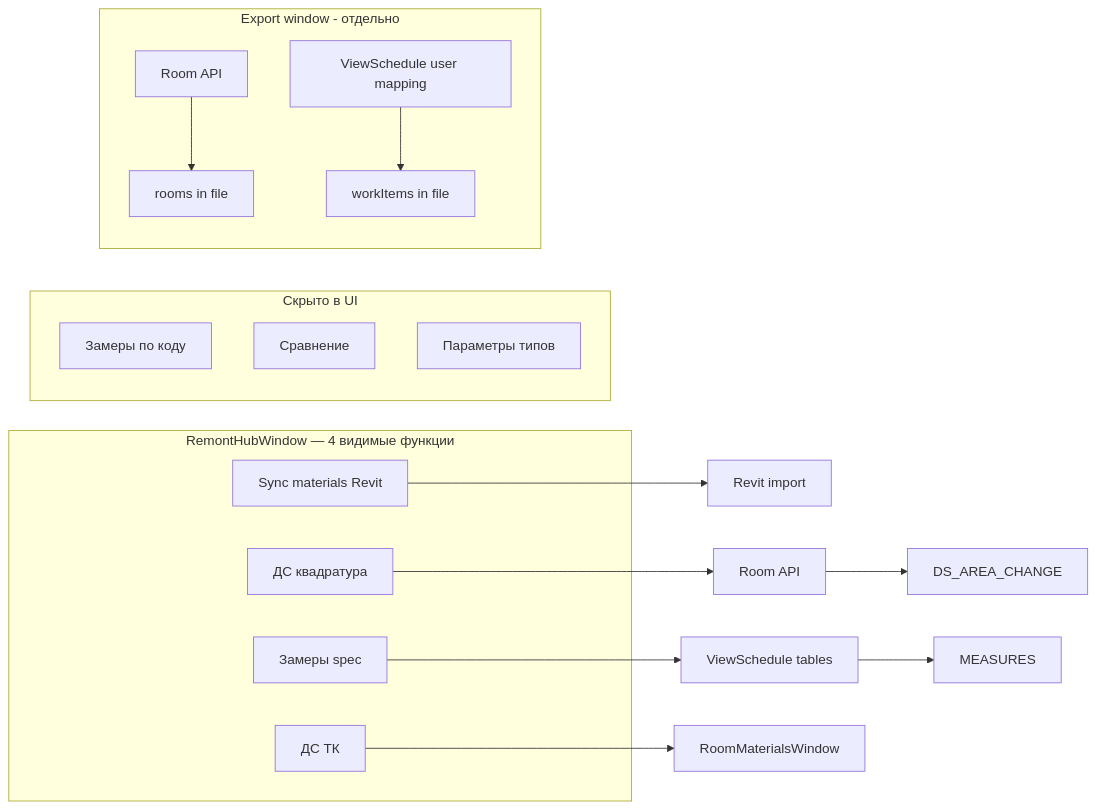
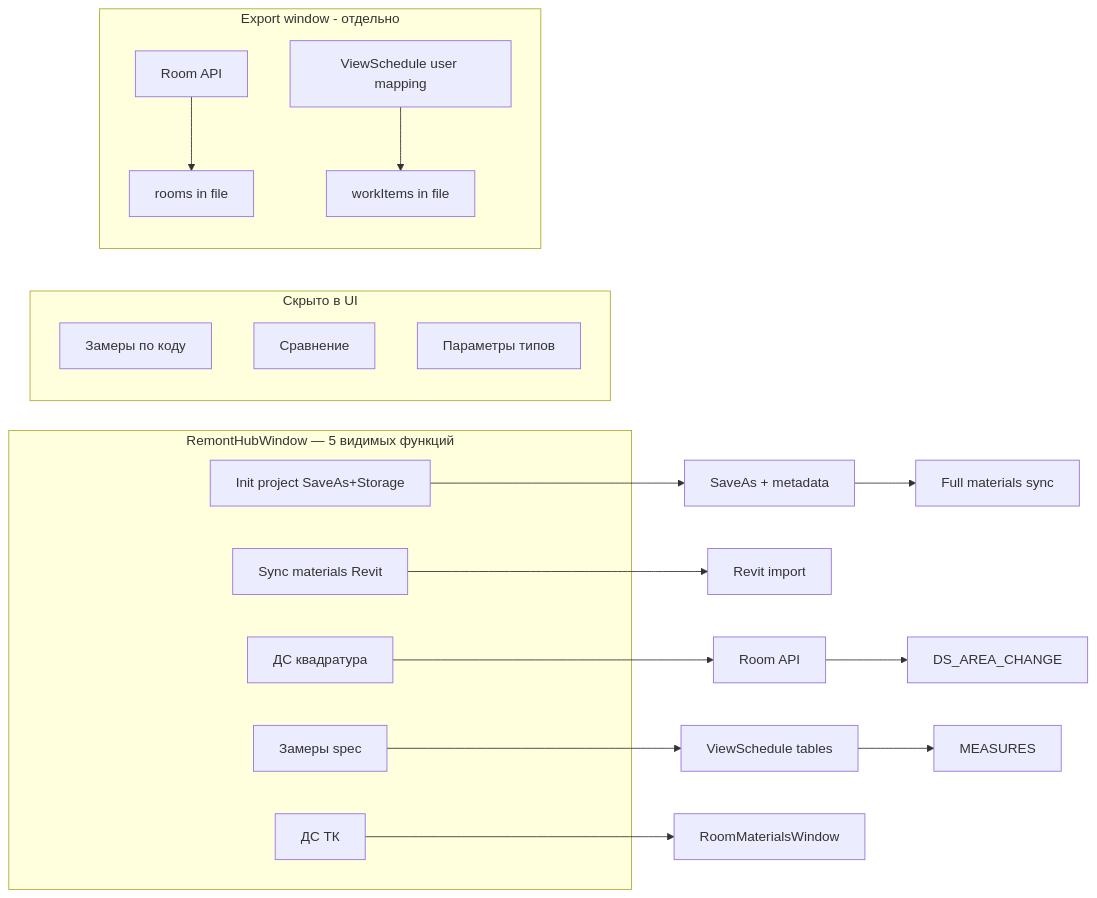
Before and after one commit to BekzhanK1/revit2025-plugin-csharp: the diagram in agents-external-memory/smart-remont-revit-plugin/USER_FLOW_AND_SCREENS.md, drawn with Mermaid. The commit also changed other lines of this file and 38 other files, not shown here.

Commit message:
remont_id in metadata

````diff
--- a/agents-external-memory/smart-remont-revit-plugin/USER_FLOW_AND_SCREENS.md
+++ b/agents-external-memory/smart-remont-revit-plugin/USER_FLOW_AND_SCREENS.md
@@ -205,30 +243,33 @@
 ```mermaid
 flowchart LR
-  subgraph hub [RemontHubWindow — 4 видимые функции]
+  subgraph hub [RemontHubWindow — 5 видимых функций]
+    I[Init project SaveAs+Storage]
     M[Sync materials Revit]
     A[ДС квадратура]
     B[Замеры spec]
     C[ДС ТК]
   end
 
+  I --> SaveAs["SaveAs + metadata"]
+  SaveAs --> SyncAll[Full materials sync]
   M --> API0[Revit import]
   A --> R[Room API]
   B --> S[ViewSchedule tables]
   C --> RM[RoomMaterialsWindow]
 
   R --> API1[DS_AREA_CHANGE]
   S --> API2[MEASURES]
 
   subgraph hidden [Скрыто в UI]
     H1[Замеры по коду]
     H2[Сравнение]
     H3[Параметры типов]
   end
 
   subgraph file [Export window - отдельно]
     R2[Room API]
     S2[ViewSchedule user mapping]
     R2 --> JSON[rooms in file]
     S2 --> JSON2[workItems in file]
   end
 ```
````
